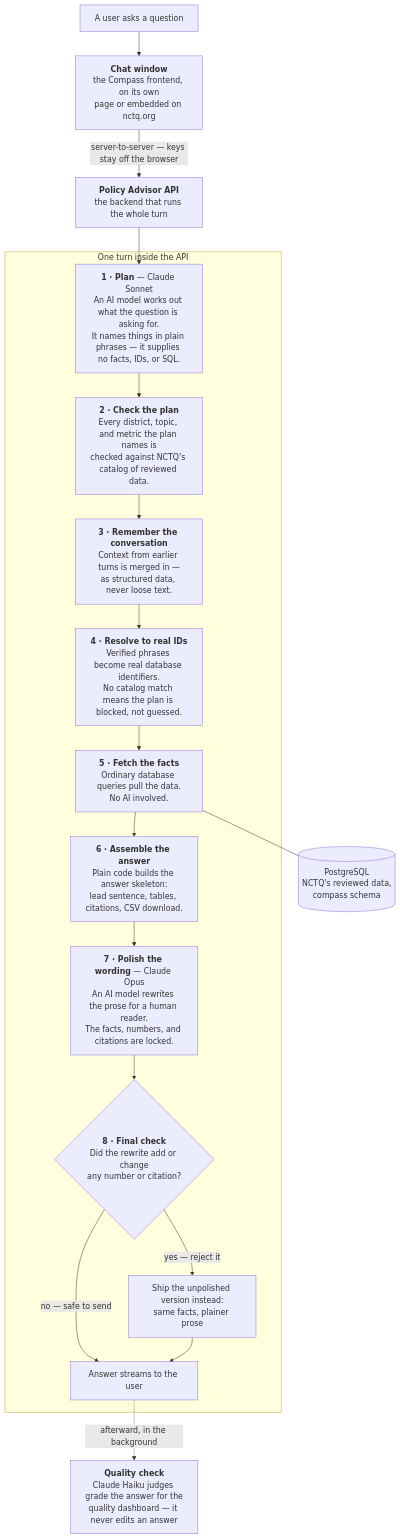
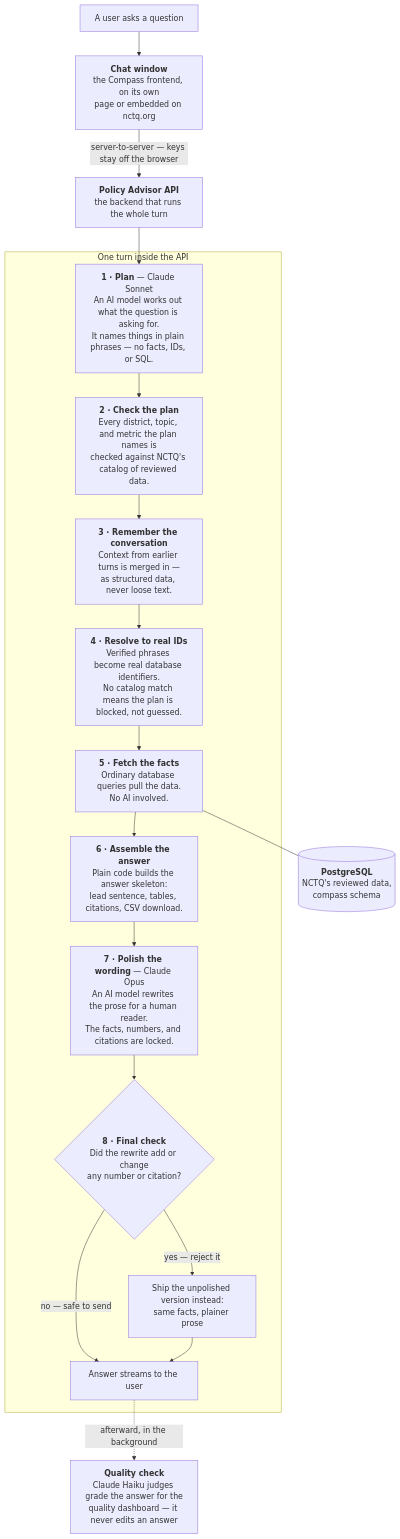
Before and after one commit to Starling-Strategy/compass: the diagram in docs/02-product-and-answer-flow.md, drawn with Mermaid.

Commit message:
docs: use Mermaid markdown strings so GitHub renders the diagram
GitHub's Mermaid pipeline strips raw HTML tags (<b>, <br/>) from node
labels, which fused the step names into the sentences after them.
Markdown strings (backtick labels with **bold** and literal newlines)
are the GitHub-supported way to format label text. Same wording,
same structure — only the label syntax changes.

````diff
--- a/docs/02-product-and-answer-flow.md
+++ b/docs/02-product-and-answer-flow.md
@@ -33,24 +33,48 @@
 ```mermaid
 flowchart TD
-    U["A user asks a question"] --> FE["<b>Chat window</b><br/>the Compass frontend, on its own<br/>page or embedded on nctq.org"]
-    FE -->|"server-to-server — keys stay off the browser"| API["<b>Policy Advisor API</b><br/>the backend that runs the whole turn"]
+    U["A user asks a question"] --> FE["`**Chat window**
+the Compass frontend, on its own
+page or embedded on nctq.org`"]
+    FE -->|"server-to-server — keys stay off the browser"| API["`**Policy Advisor API**
+the backend that runs the whole turn`"]
 
     subgraph API_TURN ["One turn inside the API"]
-        P["<b>1 · Plan</b> — Claude Sonnet<br/>An AI model works out what the question is asking for.<br/>It names things in plain phrases — it supplies no facts, IDs, or SQL."]
-        V["<b>2 · Check the plan</b><br/>Every district, topic, and metric the plan names is<br/>checked against NCTQ's catalog of reviewed data."]
-        M["<b>3 · Remember the conversation</b><br/>Context from earlier turns is merged in —<br/>as structured data, never loose text."]
-        R["<b>4 · Resolve to real IDs</b><br/>Verified phrases become real database identifiers.<br/>No catalog match means the plan is blocked, not guessed."]
-        X["<b>5 · Fetch the facts</b><br/>Ordinary database queries pull the data.<br/>No AI involved."]
-        RD["<b>6 · Assemble the answer</b><br/>Plain code builds the answer skeleton:<br/>lead sentence, tables, citations, CSV download."]
-        S["<b>7 · Polish the wording</b> — Claude Opus<br/>An AI model rewrites the prose for a human reader.<br/>The facts, numbers, and citations are locked."]
-        G{"<b>8 · Final check</b><br/>Did the rewrite add or change<br/>any number or citation?"}
+        P["`**1 · Plan** — Claude Sonnet
+An AI model works out what the question is asking for.
+It names things in plain phrases — no facts, IDs, or SQL.`"]
+        V["`**2 · Check the plan**
+Every district, topic, and metric the plan names is
+checked against NCTQ's catalog of reviewed data.`"]
+        M["`**3 · Remember the conversation**
+Context from earlier turns is merged in —
+as structured data, never loose text.`"]
+        R["`**4 · Resolve to real IDs**
+Verified phrases become real database identifiers.
+No catalog match means the plan is blocked, not guessed.`"]
+        X["`**5 · Fetch the facts**
+Ordinary database queries pull the data.
+No AI involved.`"]
+        RD["`**6 · Assemble the answer**
+Plain code builds the answer skeleton:
+lead sentence, tables, citations, CSV download.`"]
+        S["`**7 · Polish the wording** — Claude Opus
+An AI model rewrites the prose for a human reader.
+The facts, numbers, and citations are locked.`"]
+        G{"`**8 · Final check**
+Did the rewrite add or change
+any number or citation?`"}
         P --> V --> M --> R --> X --> RD --> S --> G
         G -->|"no — safe to send"| OUT["Answer streams to the user"]
-        G -->|"yes — reject it"| FB["Ship the unpolished version instead:<br/>same facts, plainer prose"]
+        G -->|"yes — reject it"| FB["`Ship the unpolished version instead:
+same facts, plainer prose`"]
         FB --> OUT
     end
 
     API --> P
-    X --- DB[("PostgreSQL<br/>NCTQ's reviewed data,<br/>compass schema")]
-    OUT -.->|"afterward, in the background"| Q["<b>Quality check</b><br/>Claude Haiku judges grade the answer for the<br/>quality dashboard — it never edits an answer"]
+    X --- DB[("`**PostgreSQL**
+NCTQ's reviewed data,
+compass schema`")]
+    OUT -.->|"afterward, in the background"| Q["`**Quality check**
+Claude Haiku judges grade the answer for the
+quality dashboard — it never edits an answer`"]
 ```
````
